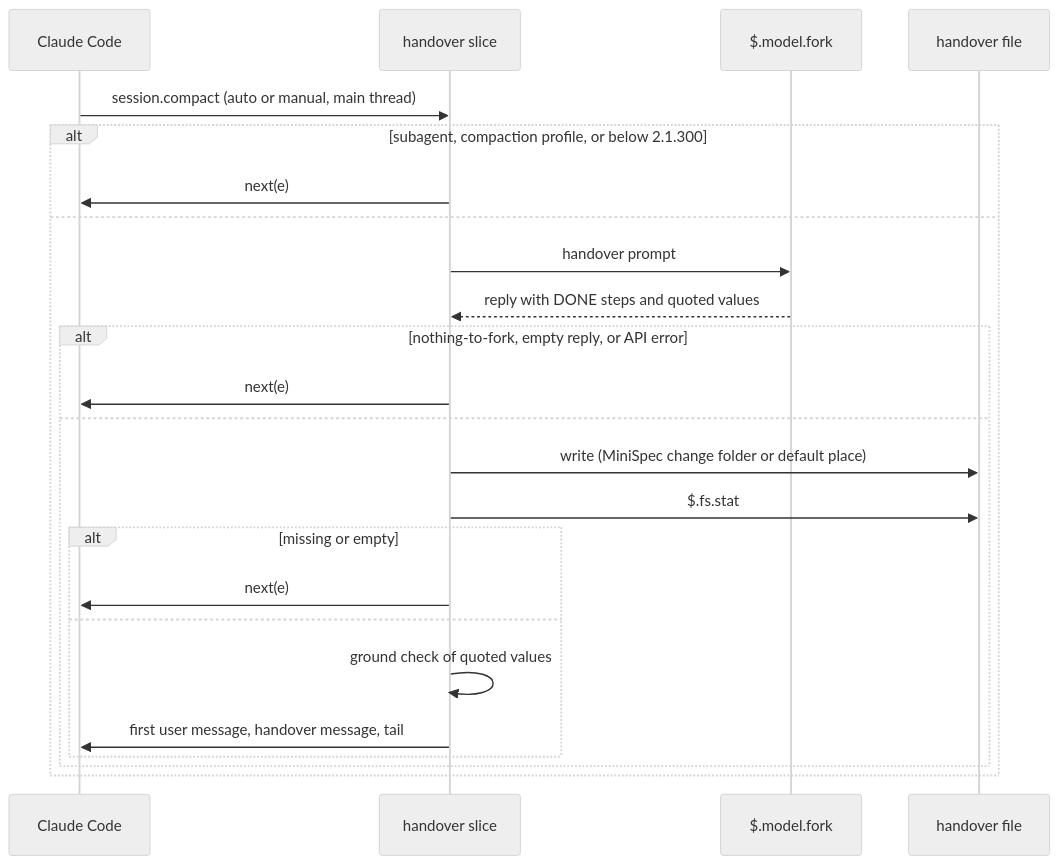
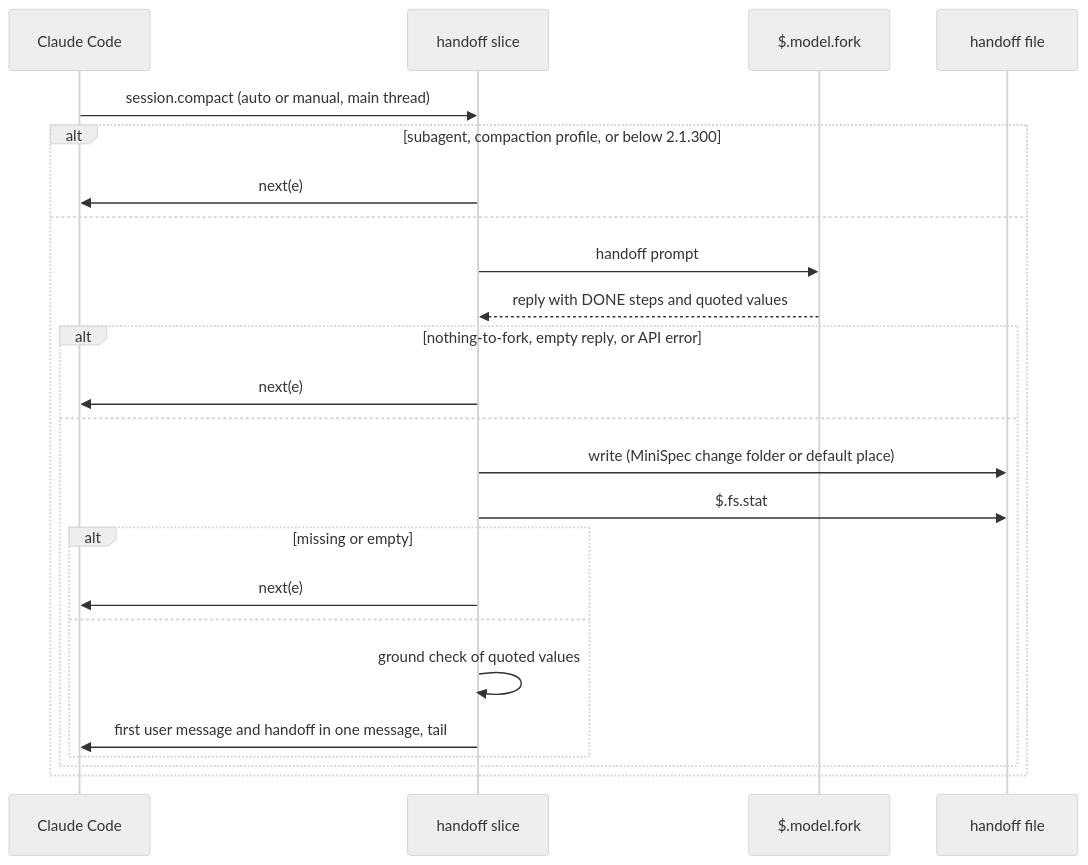
One commit to xsyetopz/claudetto changed the third of 4 diagrams in openspec/changes/claudetto-0-1-0/architecture.md. Above: the diagram before and after it, drawn with Mermaid (neutral theme). The commit also changed other lines of this file and 34 other files, not shown here.

````diff
--- a/openspec/changes/claudetto-0-1-0/architecture.md
+++ b/openspec/changes/claudetto-0-1-0/architecture.md
@@ -110,26 +110,26 @@
 ```mermaid
 sequenceDiagram
   participant CC as Claude Code
-  participant H as handover slice
+  participant H as handoff slice
   participant F as $.model.fork
-  participant FS as handover file
+  participant FS as handoff file
   CC->>H: session.compact (auto or manual, main thread)
   alt subagent, compaction profile, or below 2.1.300
     H->>CC: next(e)
   else
-    H->>F: handover prompt
+    H->>F: handoff prompt
     F-->>H: reply with DONE steps and quoted values
     alt nothing-to-fork, empty reply, or API error
       H->>CC: next(e)
     else
       H->>FS: write (MiniSpec change folder or default place)
       H->>FS: $.fs.stat
       alt missing or empty
         H->>CC: next(e)
       else
         H->>H: ground check of quoted values
-        H->>CC: first user message, handover message, tail
+        H->>CC: first user message and handoff in one message, tail
       end
     end
   end
 ```
````
